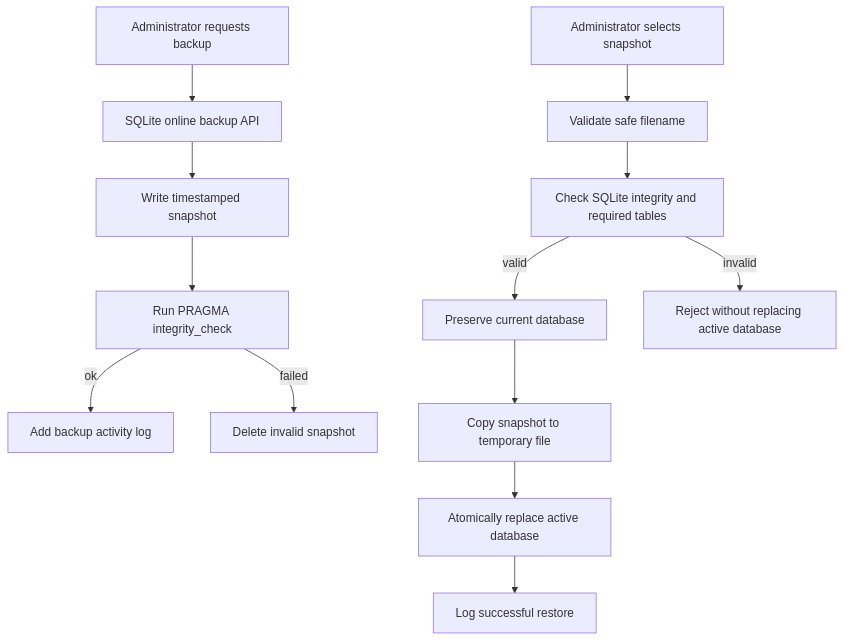
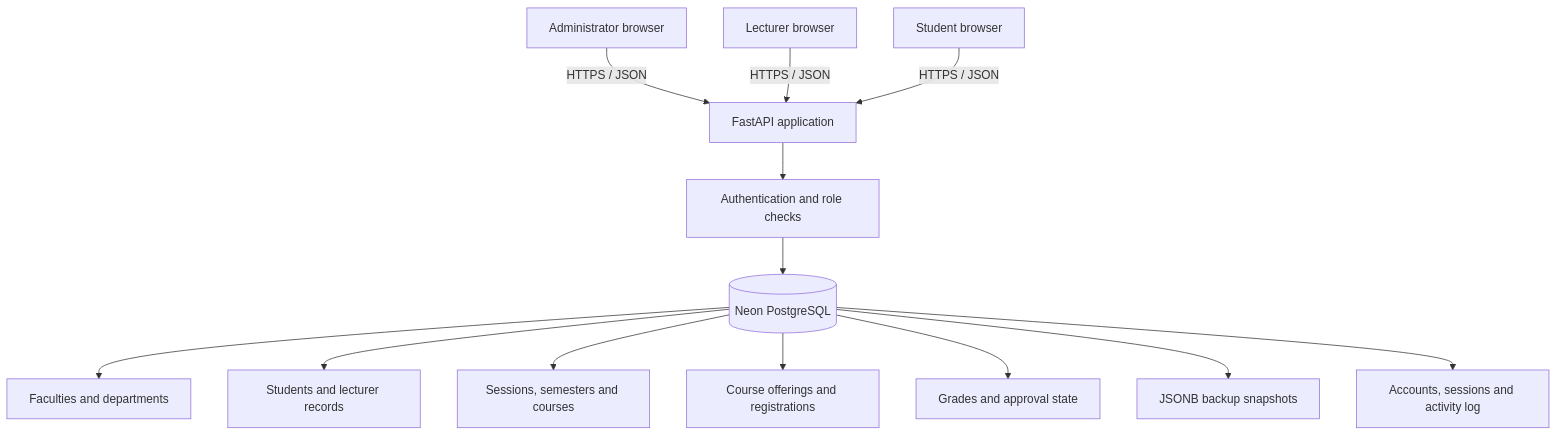
The diagram in docs/architecture.md (chimelachimela/campusbook), drawn with Mermaid before and after one commit. The commit also changed other lines of this file and 12 other files, not shown here.

````diff
--- a/docs/architecture.md
+++ b/docs/architecture.md
@@ -54,15 +13,15 @@
 ```mermaid
-flowchart TD
-    A[Administrator requests backup] --> B[SQLite online backup API]
-    B --> C[Write timestamped snapshot]
-    C --> D[Run PRAGMA integrity_check]
-    D -->|ok| E[Add backup activity log]
-    D -->|failed| F[Delete invalid snapshot]
-    G[Administrator selects snapshot] --> H[Validate safe filename]
-    H --> I[Check SQLite integrity and required tables]
-    I -->|valid| J[Preserve current database]
-    J --> K[Copy snapshot to temporary file]
-    K --> L[Atomically replace active database]
-    L --> M[Log successful restore]
-    I -->|invalid| N[Reject without replacing active database]
+flowchart TB
+  A[Administrator browser] -->|HTTPS / JSON| API[FastAPI application]
+  L[Lecturer browser] -->|HTTPS / JSON| API
+  S[Student browser] -->|HTTPS / JSON| API
+  API --> AUTH[Authentication and role checks]
+  AUTH --> DB[(Neon PostgreSQL)]
+  DB --> F[Faculties and departments]
+  DB --> ST[Students and lecturer records]
+  DB --> AC[Sessions, semesters and courses]
+  DB --> CR[Course offerings and registrations]
+  DB --> GR[Grades and approval state]
+  DB --> BK[JSONB backup snapshots]
+  DB --> AU[Accounts, sessions and activity log]
 ```
````
